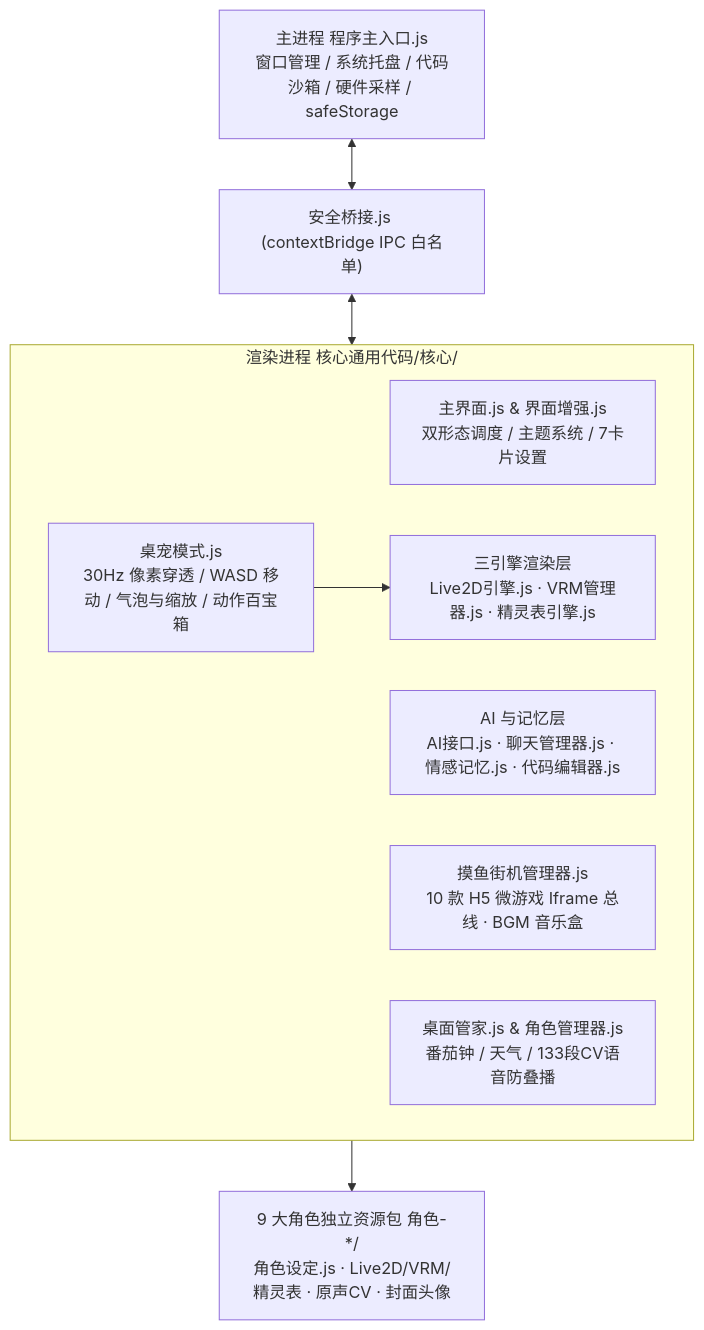
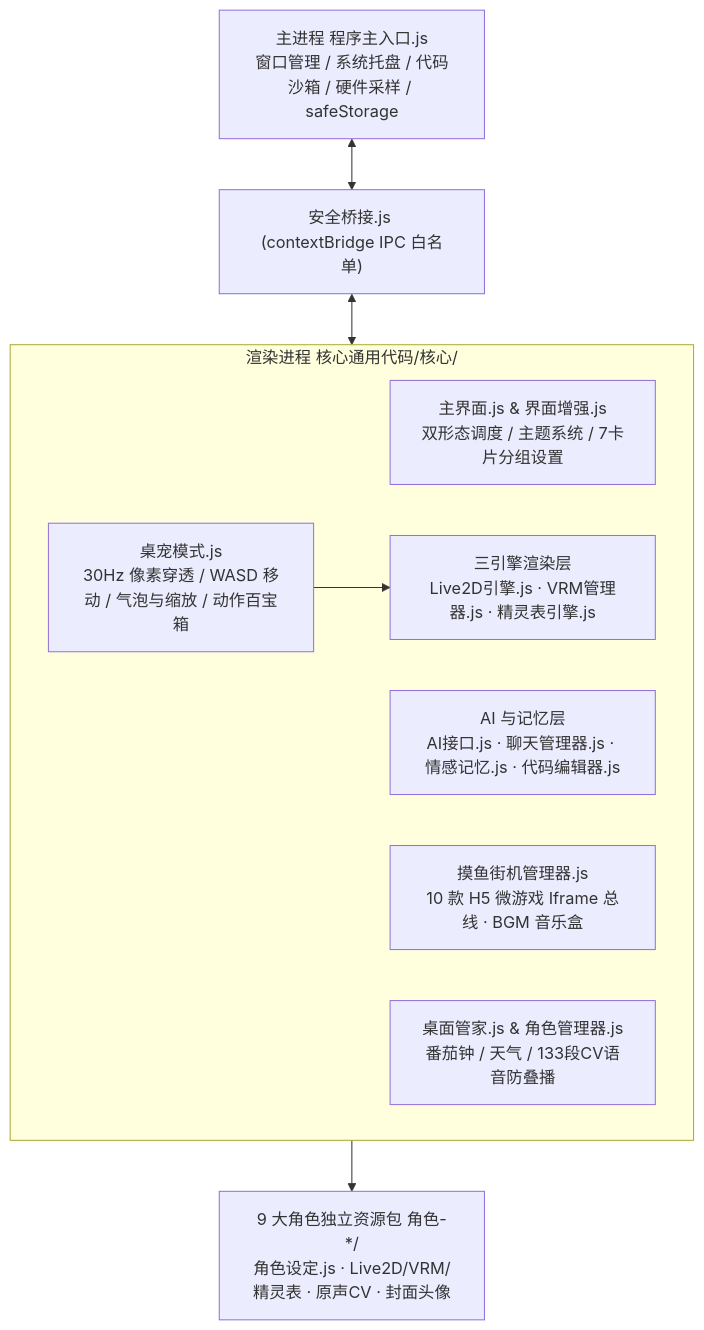
The diagram in README.md (SherlockYzz/anime-desktop-pet), drawn with Mermaid before and after one commit. The commit also changed other lines of this file and 2 other files, not shown here.

````diff
--- a/README.md
+++ b/README.md
@@ -159,18 +181,18 @@
 ```mermaid
 flowchart TB
     Main["主进程 程序主入口.js<br/>窗口管理 / 系统托盘 / 代码沙箱 / 硬件采样 / safeStorage"]
     Bridge["安全桥接.js (contextBridge IPC 白名单)"]
     subgraph Renderer["渲染进程 核心通用代码/核心/"]
-        App["主界面.js & 界面增强.js<br/>双形态调度 / 主题系统 / 7卡片设置"]
+        App["主界面.js & 界面增强.js<br/>双形态调度 / 主题系统 / 7卡片分组设置"]
         Pet["桌宠模式.js<br/>30Hz 像素穿透 / WASD 移动 / 气泡与缩放 / 动作百宝箱"]
         Engines["三引擎渲染层<br/>Live2D引擎.js · VRM管理器.js · 精灵表引擎.js"]
         AI["AI 与记忆层<br/>AI接口.js · 聊天管理器.js · 情感记忆.js · 代码编辑器.js"]
         Arcade["摸鱼街机管理器.js<br/>10 款 H5 微游戏 Iframe 总线 · BGM 音乐盒"]
         Butler["桌面管家.js & 角色管理器.js<br/>番茄钟 / 天气 / 133段CV语音防叠播"]
     end
     Assets["9 大角色独立资源包 角色-*/<br/>角色设定.js · Live2D/VRM/精灵表 · 原声CV · 封面头像"]
 
     Main <--> Bridge <--> Renderer
     Pet --> Engines
     Renderer --> Assets
 ```
````
